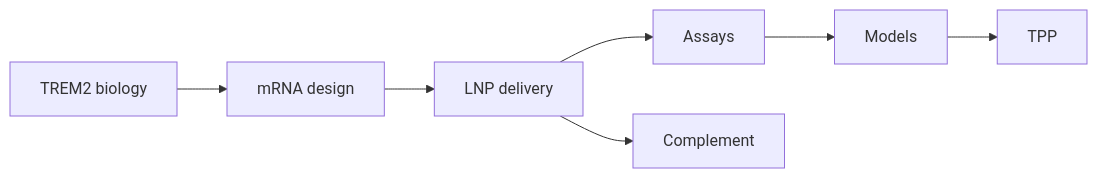
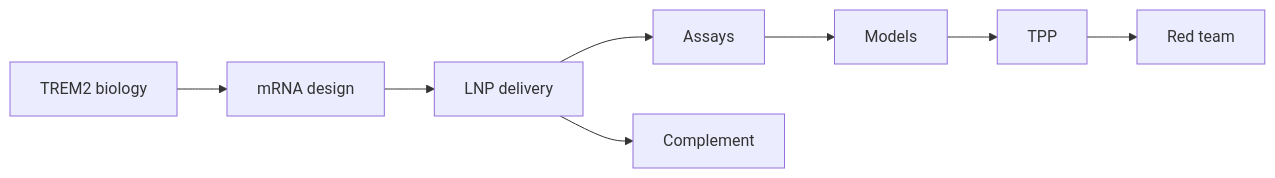
The diagram in science/README.md (CosmicCEO/novellum), drawn with Mermaid before and after one commit. The commit also changed other lines of this file, not shown here.

Commit message:
Index adversarial scientific review

````diff
--- a/science/README.md
+++ b/science/README.md
@@ -7,9 +7,10 @@
 ```mermaid
 flowchart LR
   B[TREM2 biology] --> M[mRNA design]
   M --> D[LNP delivery]
   D --> A[Assays]
   A --> Mod[Models]
   Mod --> T[TPP]
   D --> C[Complement]
+  T --> R[Red team]
 ```
````
